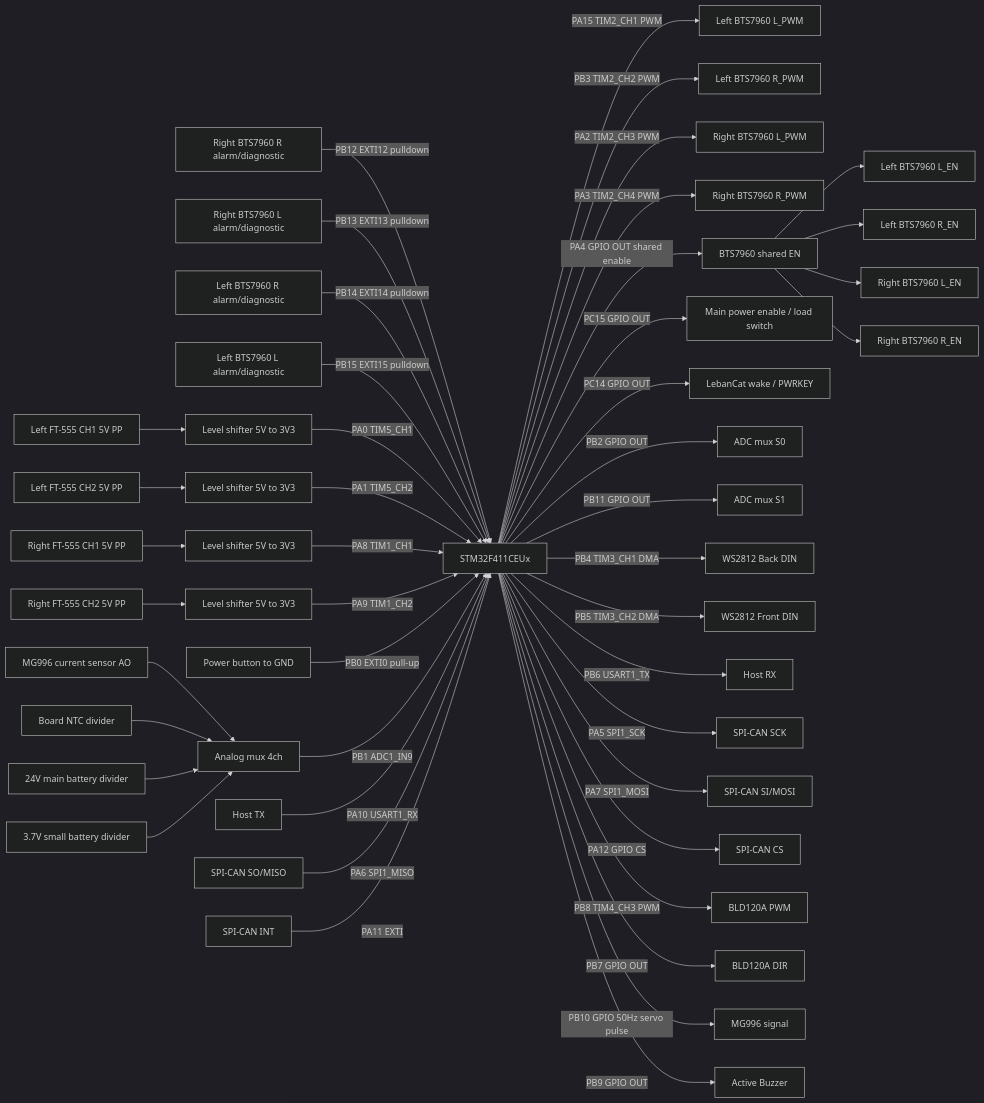
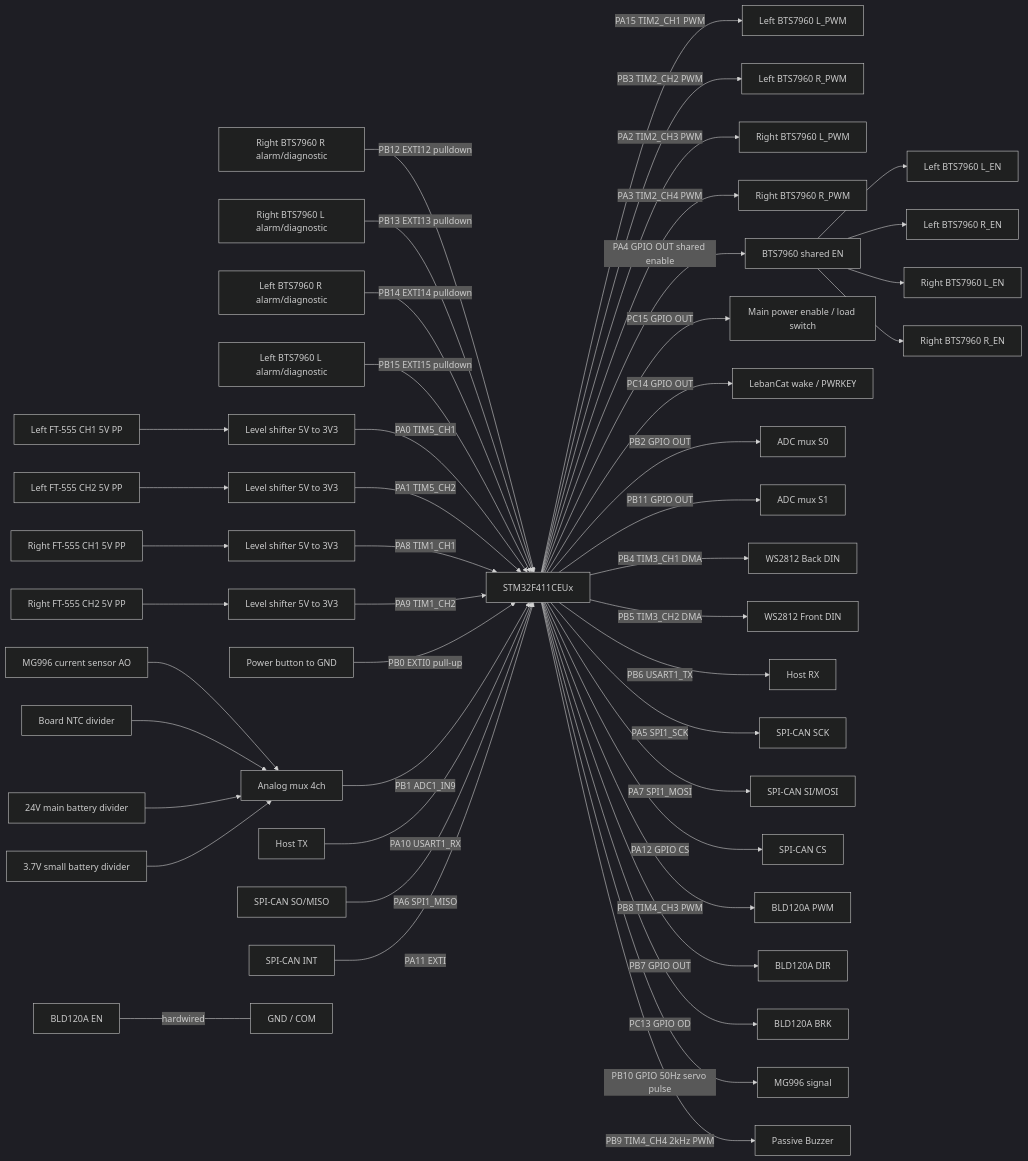
Before and after one commit to edwards414/mower_path_planning: the diagram in wire.md, drawn with Mermaid (dark theme). The commit also changed other lines of this file and 24 other files, not shown here.

First line of the commit message:
Bring-up fixes from bench test: BRK, TIM4, buzzer PWM, encoder sign, alarm, ADC1

````diff
--- a/wire.md
+++ b/wire.md
@@ -57,58 +57,60 @@
 ```mermaid
 flowchart LR
   STM32[STM32F411CEUx]
 
   STM32 -->|PA15 TIM2_CH1 PWM| L_BTS_LPWM[Left BTS7960 L_PWM]
   STM32 -->|PB3 TIM2_CH2 PWM| L_BTS_RPWM[Left BTS7960 R_PWM]
   STM32 -->|PA2 TIM2_CH3 PWM| R_BTS_LPWM[Right BTS7960 L_PWM]
   STM32 -->|PA3 TIM2_CH4 PWM| R_BTS_RPWM[Right BTS7960 R_PWM]
 
   STM32 -->|PA4 GPIO OUT shared enable| BTS_EN[BTS7960 shared EN]
   BTS_EN --> L_BTS_LEN[Left BTS7960 L_EN]
   BTS_EN --> L_BTS_REN[Left BTS7960 R_EN]
   BTS_EN --> R_BTS_LEN[Right BTS7960 L_EN]
   BTS_EN --> R_BTS_REN[Right BTS7960 R_EN]
 
   R_BTS_RALM[Right BTS7960 R alarm/diagnostic] -->|PB12 EXTI12 pulldown| STM32
   R_BTS_LALM[Right BTS7960 L alarm/diagnostic] -->|PB13 EXTI13 pulldown| STM32
   L_BTS_RALM[Left BTS7960 R alarm/diagnostic] -->|PB14 EXTI14 pulldown| STM32
   L_BTS_LALM[Left BTS7960 L alarm/diagnostic] -->|PB15 EXTI15 pulldown| STM32
 
   FT555_L1[Left FT-555 CH1 5V PP] --> L_LVL1[Level shifter 5V to 3V3]
   FT555_L2[Left FT-555 CH2 5V PP] --> L_LVL2[Level shifter 5V to 3V3]
   FT555_R1[Right FT-555 CH1 5V PP] --> R_LVL1[Level shifter 5V to 3V3]
   FT555_R2[Right FT-555 CH2 5V PP] --> R_LVL2[Level shifter 5V to 3V3]
   L_LVL1 -->|PA0 TIM5_CH1| STM32
   L_LVL2 -->|PA1 TIM5_CH2| STM32
   R_LVL1 -->|PA8 TIM1_CH1| STM32
   R_LVL2 -->|PA9 TIM1_CH2| STM32
 
   PWR_BTN[Power button to GND] -->|PB0 EXTI0 pull-up| STM32
   STM32 -->|PC15 GPIO OUT| MAIN_PWR_EN[Main power enable / load switch]
   STM32 -->|PC14 GPIO OUT| LEBANCAT_WAKE[LebanCat wake / PWRKEY]
 
   STM32 -->|PB2 GPIO OUT| ADC_MUX_S0[ADC mux S0]
   STM32 -->|PB11 GPIO OUT| ADC_MUX_S1[ADC mux S1]
   CURRENT_SENSOR[MG996 current sensor AO] --> ADC_MUX[Analog mux 4ch]
   BOARD_NTC[Board NTC divider] --> ADC_MUX
   MAIN_BAT[24V main battery divider] --> ADC_MUX
   AON_BAT[3.7V small battery divider] --> ADC_MUX
   ADC_MUX -->|PB1 ADC1_IN9| STM32
 
   STM32 -->|PB4 TIM3_CH1 DMA| LED_BACK[WS2812 Back DIN]
   STM32 -->|PB5 TIM3_CH2 DMA| LED_FRONT[WS2812 Front DIN]
 
   STM32 -->|PB6 USART1_TX| HOST_RX[Host RX]
   HOST_TX[Host TX] -->|PA10 USART1_RX| STM32
 
   STM32 -->|PA5 SPI1_SCK| CAN_SCK[SPI-CAN SCK]
   CAN_SO[SPI-CAN SO/MISO] -->|PA6 SPI1_MISO| STM32
   STM32 -->|PA7 SPI1_MOSI| CAN_SI[SPI-CAN SI/MOSI]
   STM32 -->|PA12 GPIO CS| CAN_CS[SPI-CAN CS]
   CAN_INT[SPI-CAN INT] -->|PA11 EXTI| STM32
 
   STM32 -->|PB8 TIM4_CH3 PWM| BLD120A_PWM[BLD120A PWM]
   STM32 -->|PB7 GPIO OUT| BLD120A_DIR[BLD120A DIR]
+  STM32 -->|PC13 GPIO OD| BLD120A_BRK[BLD120A BRK]
+  BLD120A_EN[BLD120A EN] ---|hardwired| GND_BLD[GND / COM]
   STM32 -->|PB10 GPIO 50Hz servo pulse| MG996_SIG[MG996 signal]
-  STM32 -->|PB9 GPIO OUT| BUZZER[Active Buzzer]
+  STM32 -->|PB9 TIM4_CH4 2kHz PWM| BUZZER[Passive Buzzer]
 ```
````
